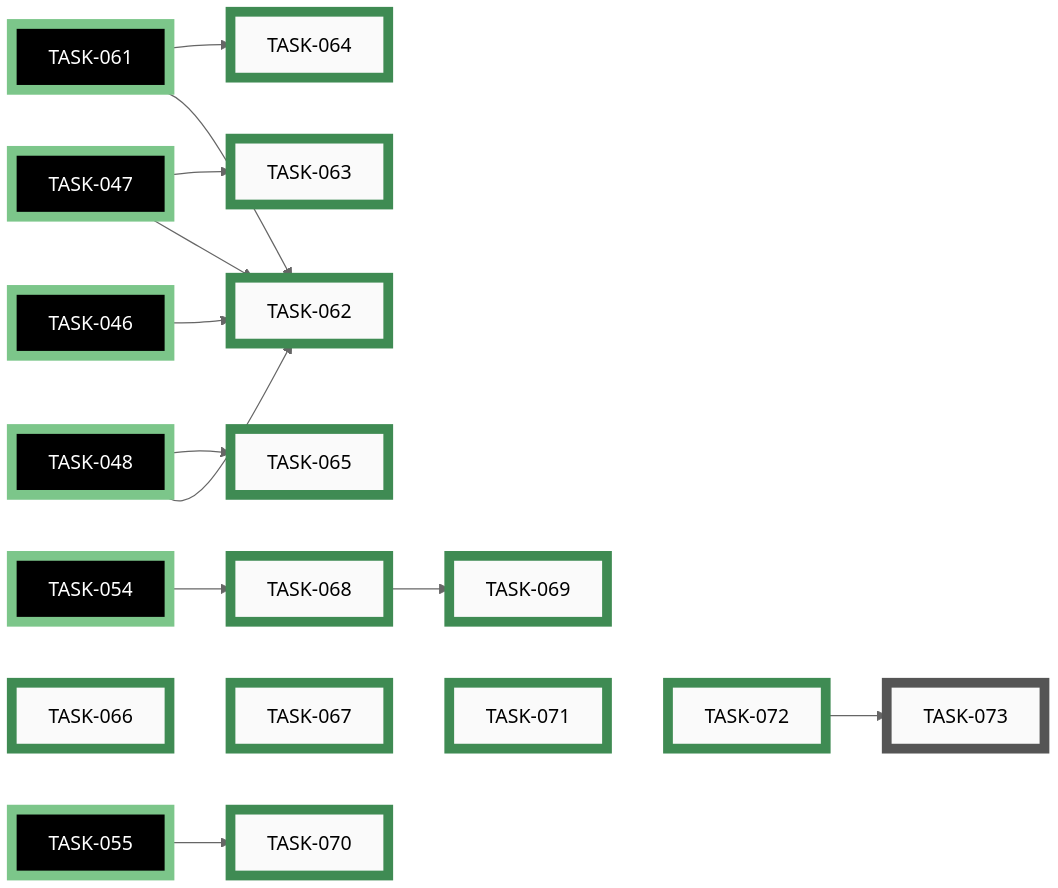
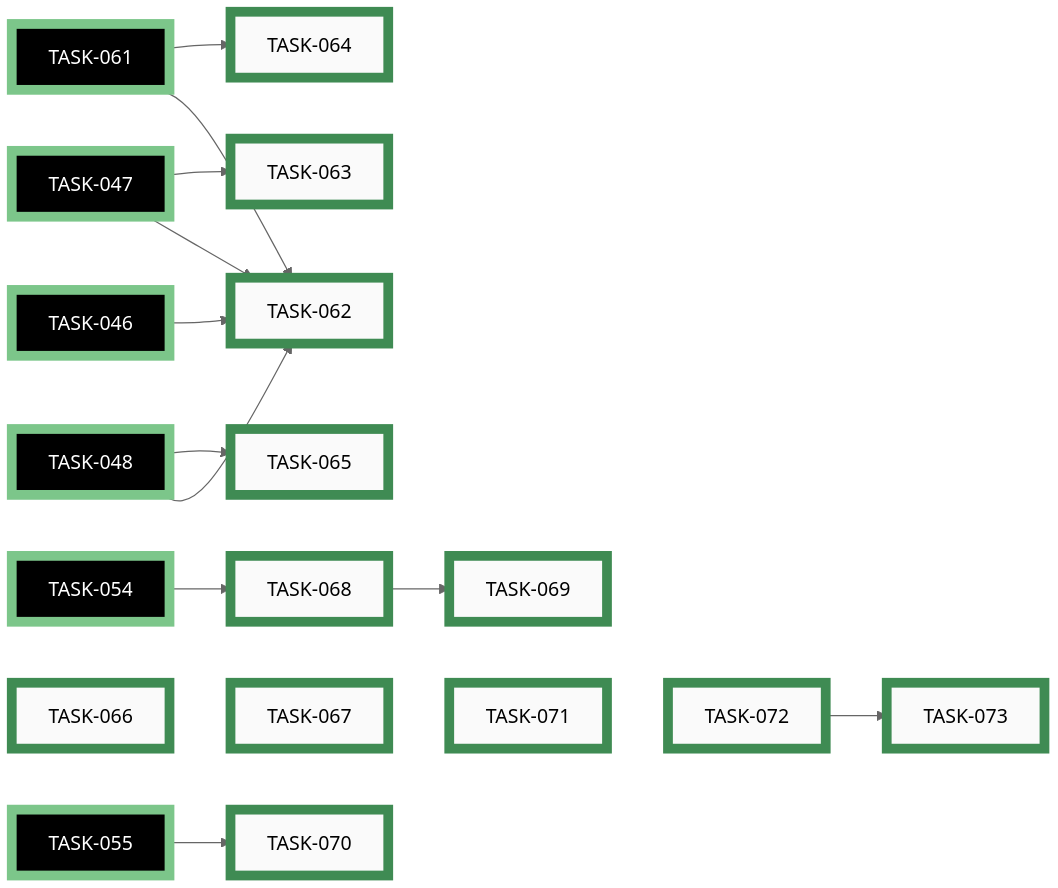
The ninth of 10 diagrams in docs/developers/tasks/EPICS.md (tgd1975/CircuitSmith), drawn with Mermaid (neutral theme) before and after one commit. The commit also changed other lines of this file and 4 other files, not shown here.

Commit message:
close TASK-073: apply GitHub branch protection on main per BRANCH_PROTECTION_CONCEPT.md; closes EPIC-009

````diff
--- a/docs/developers/tasks/EPICS.md
+++ b/docs/developers/tasks/EPICS.md
@@ -527,59 +527,59 @@
 ```mermaid
 graph LR
-    TASK_073["TASK-073"]:::open
     TASK_062["TASK-062"]:::closed
     TASK_063["TASK-063"]:::closed
     TASK_064["TASK-064"]:::closed
     TASK_065["TASK-065"]:::closed
     TASK_066["TASK-066"]:::closed
     TASK_067["TASK-067"]:::closed
     TASK_068["TASK-068"]:::closed
     TASK_069["TASK-069"]:::closed
     TASK_070["TASK-070"]:::closed
     TASK_071["TASK-071"]:::closed
     TASK_072["TASK-072"]:::closed
+    TASK_073["TASK-073"]:::closed
     TASK_046["TASK-046"]:::closedExt
     TASK_047["TASK-047"]:::closedExt
     TASK_048["TASK-048"]:::closedExt
     TASK_054["TASK-054"]:::closedExt
     TASK_055["TASK-055"]:::closedExt
     TASK_061["TASK-061"]:::closedExt
-    TASK_072 --> TASK_073
     TASK_046 --> TASK_062
     TASK_047 --> TASK_062
     TASK_048 --> TASK_062
     TASK_061 --> TASK_062
     TASK_047 --> TASK_063
     TASK_061 --> TASK_064
     TASK_048 --> TASK_065
     TASK_054 --> TASK_068
     TASK_068 --> TASK_069
     TASK_055 --> TASK_070
+    TASK_072 --> TASK_073
     TASK_066 ~~~ TASK_067 ~~~ TASK_071 ~~~ TASK_072
-    click TASK_073 "open/task-073-apply-branch-protection.md"
     click TASK_062 "closed/task-062-author-development-setup-doc.md"
     click TASK_063 "closed/task-063-author-testing-doc.md"
     click TASK_064 "closed/task-064-author-coding-standards-doc.md"
     click TASK_065 "closed/task-065-author-ci-pipeline-doc.md"
     click TASK_066 "closed/task-066-author-task-system-doc.md"
     click TASK_067 "closed/task-067-author-code-of-conduct.md"
     click TASK_068 "closed/task-068-author-architecture-doc.md"
     click TASK_069 "closed/task-069-author-mermaid-style-guide.md"
     click TASK_070 "closed/task-070-author-security-review-doc.md"
     click TASK_071 "closed/task-071-author-commit-policy-doc.md"
     click TASK_072 "closed/task-072-author-branch-protection-doc.md"
+    click TASK_073 "closed/task-073-apply-branch-protection.md"
     click TASK_046 "closed/task-046-add-pyproject-and-dev-requirements.md"
     click TASK_047 "closed/task-047-configure-pytest.md"
     click TASK_048 "closed/task-048-add-minimal-ci-workflow.md"
     click TASK_054 "closed/task-054-seed-adr-folder.md"
     click TASK_055 "closed/task-055-code-owner-skills-hook.md"
     click TASK_061 "closed/task-061-adopt-python-linter-formatter.md"
     classDef open    fill:#FAFAFA,stroke:#555,stroke-width:8px,color:#000
     classDef active  fill:#FAFAFA,stroke:#1A6FA8,stroke-width:8px,color:#000
     classDef closed  fill:#FAFAFA,stroke:#3F8B53,stroke-width:8px,color:#000
     classDef paused  fill:#FAFAFA,stroke:#B07810,stroke-width:8px,color:#000
     classDef openExt    fill:#000,stroke:#888,stroke-width:8px,color:#FFF
     classDef activeExt  fill:#000,stroke:#3FA9F5,stroke-width:8px,color:#FFF
     classDef closedExt  fill:#000,stroke:#7CC68A,stroke-width:8px,color:#FFF
     classDef pausedExt  fill:#000,stroke:#F0B030,stroke-width:8px,color:#FFF
 ```
````
